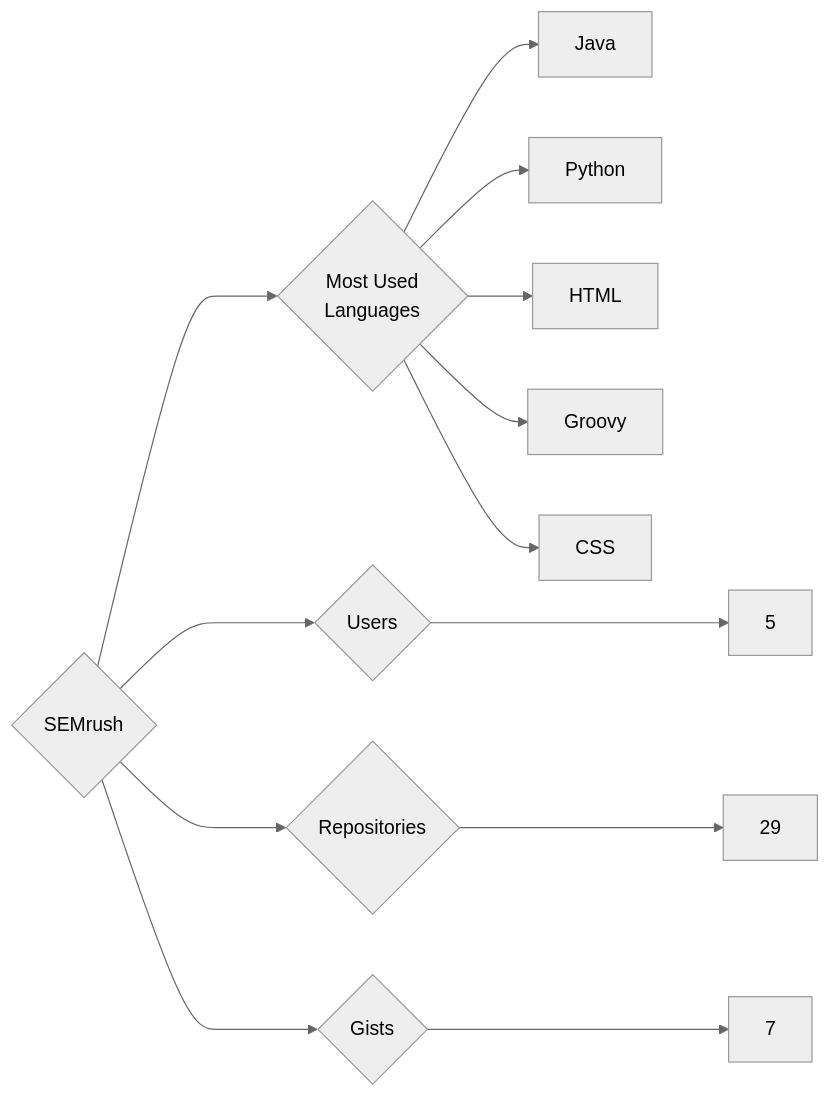
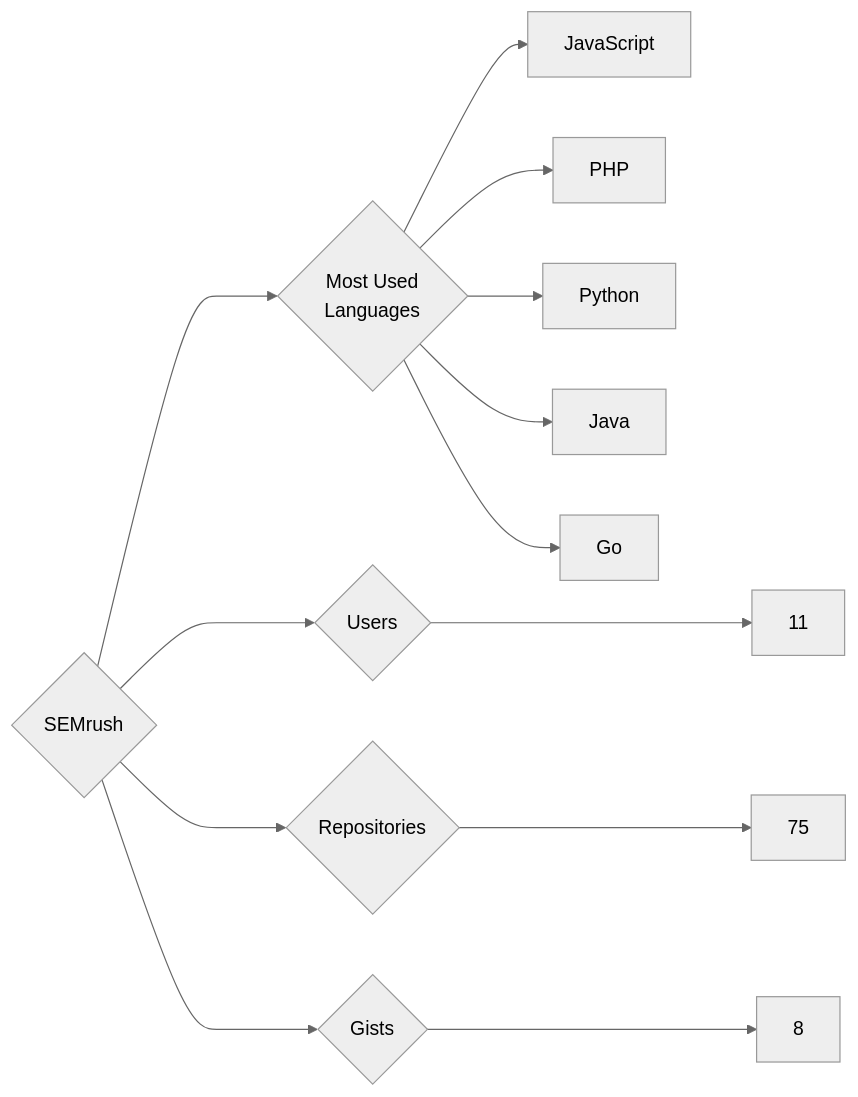
One commit to trickest/insiders changed the diagram in targets/SEMrush/README.md. Above: the diagram before and after it, drawn with Mermaid (neutral theme). The commit also changed 973 other files, not shown here.

````diff
--- a/targets/SEMrush/README.md
+++ b/targets/SEMrush/README.md
@@ -3,13 +3,13 @@
 ```mermaid
 graph LR
 COMPANY_NAME{SEMrush}
-COMPANY_NAME ---> U{Users} ---> UN[5]
-COMPANY_NAME ---> R{Repositories} ---> RN[29]
-COMPANY_NAME ---> G{Gists} ---> GN[7]
+COMPANY_NAME ---> U{Users} ---> UN[11]
+COMPANY_NAME ---> R{Repositories} ---> RN[75]
+COMPANY_NAME ---> G{Gists} ---> GN[8]
 COMPANY_NAME ---> ML{Most Used<br>Languages}
+ML --> JavaScript[JavaScript]
+ML --> PHP[PHP]
+ML --> Python[Python]
 ML --> Java[Java]
-ML --> Python[Python]
-ML --> HTML[HTML]
-ML --> Groovy[Groovy]
-ML --> CSS[CSS]
+ML --> Go[Go]
 ```
````
